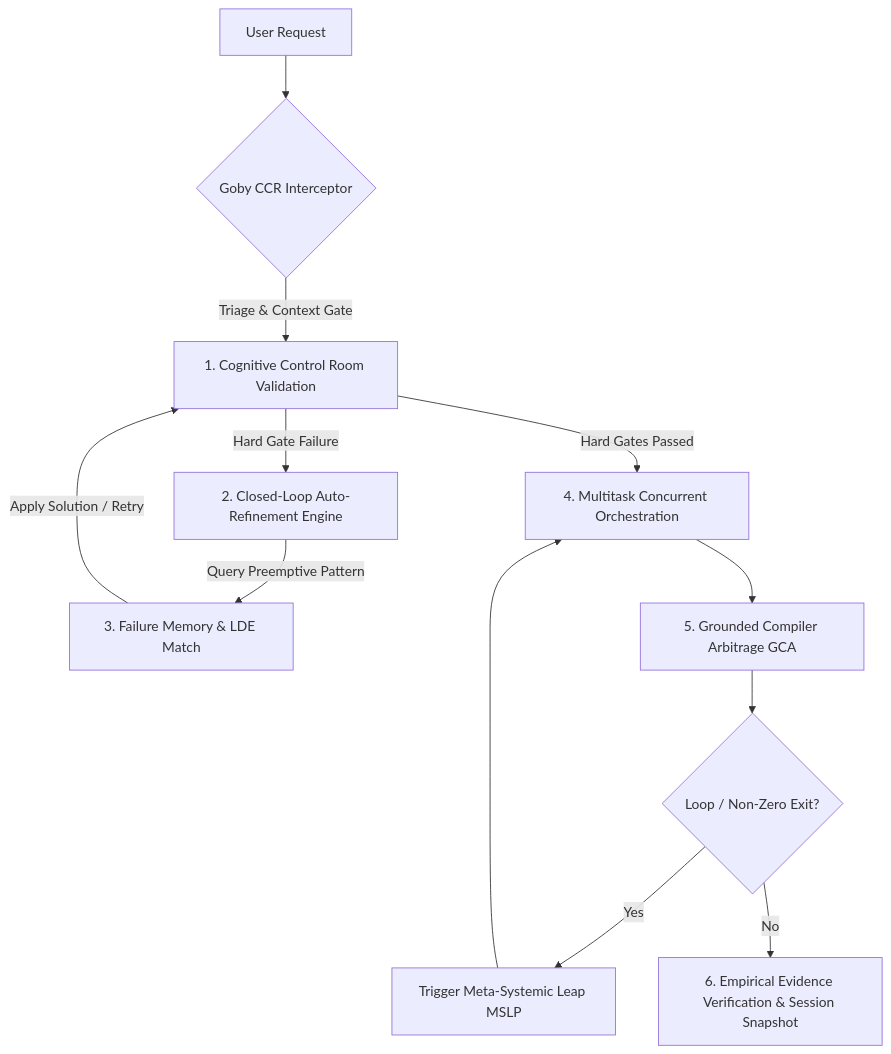
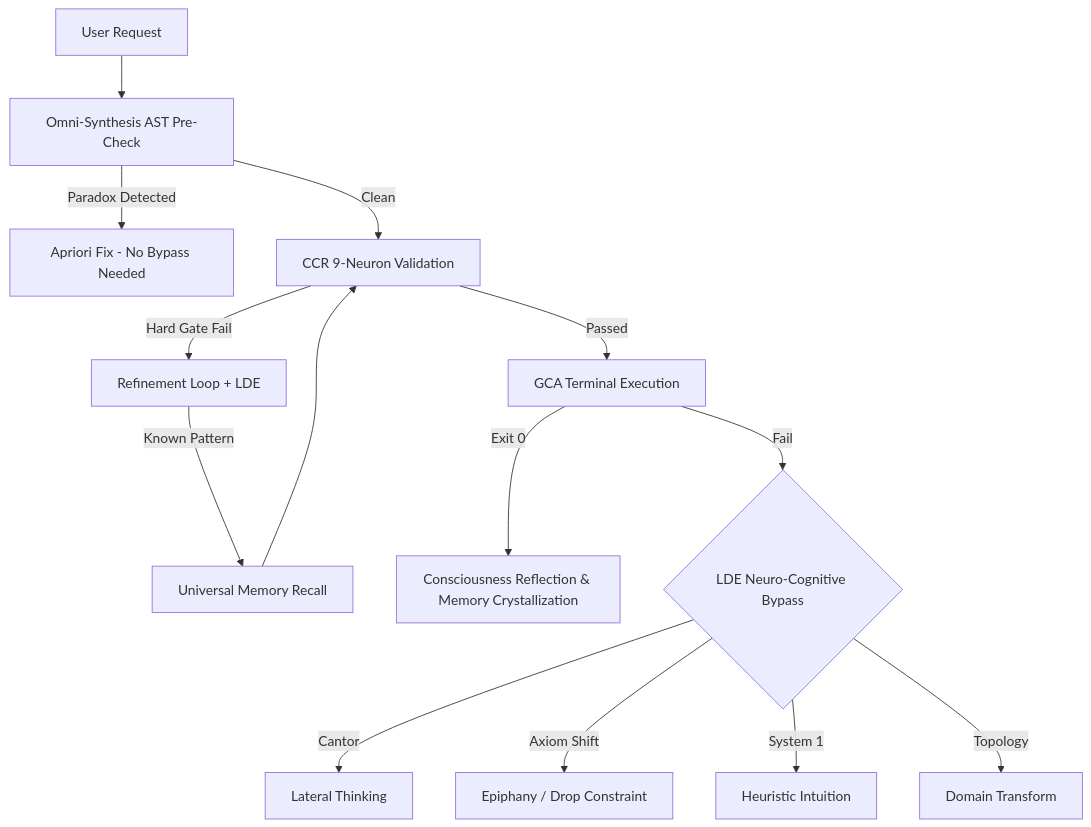
Before and after one commit to V4nds/Gobysh: the diagram in SKILL.md, drawn with Mermaid. The commit also changed other lines of this file and 14 other files, not shown here.

Commit message:
feat(v4.0): Epistemic Consciousness & Omni-Synthesis Zero-Bypass Architecture

````diff
--- a/SKILL.md
+++ b/SKILL.md
@@ -24,14 +28,16 @@
 ```mermaid
 graph TD
-    A[User Request] --> B{Goby CCR Interceptor}
-    B -->|Triage & Context Gate| C[1. Cognitive Control Room Validation]
-    C -->|Hard Gate Failure| D[2. Closed-Loop Auto-Refinement Engine]
-    D -->|Query Preemptive Pattern| E[3. Failure Memory & LDE Match]
-    E -->|Apply Solution / Retry| C
-    C -->|Hard Gates Passed| F[4. Multitask Concurrent Orchestration]
-    F --> G[5. Grounded Compiler Arbitrage GCA]
-    G --> H{Loop / Non-Zero Exit?}
-    H -- Yes --> I[Trigger Meta-Systemic Leap MSLP]
-    I --> F
-    H -- No --> J[6. Empirical Evidence Verification & Session Snapshot]
+    A[User Request] --> B[Omni-Synthesis AST Pre-Check]
+    B -->|Paradox Detected| C[Apriori Fix - No Bypass Needed]
+    B -->|Clean| D[CCR 9-Neuron Validation]
+    D -->|Hard Gate Fail| E[Refinement Loop + LDE]
+    E -->|Known Pattern| F[Universal Memory Recall]
+    F --> D
+    D -->|Passed| G[GCA Terminal Execution]
+    G -->|Exit 0| H[Consciousness Reflection & Memory Crystallization]
+    G -->|Fail| I{LDE Neuro-Cognitive Bypass}
+    I -->|Cantor| J[Lateral Thinking]
+    I -->|Axiom Shift| K[Epiphany / Drop Constraint]
+    I -->|System 1| L[Heuristic Intuition]
+    I -->|Topology| M[Domain Transform]
 ```
````
